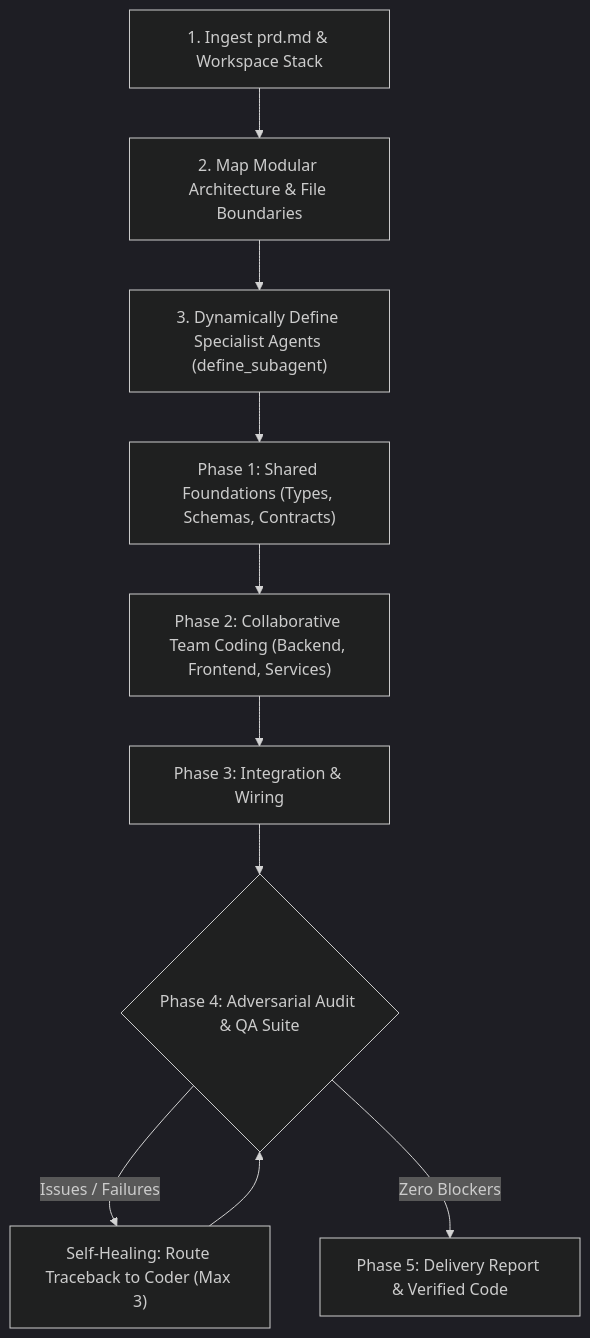
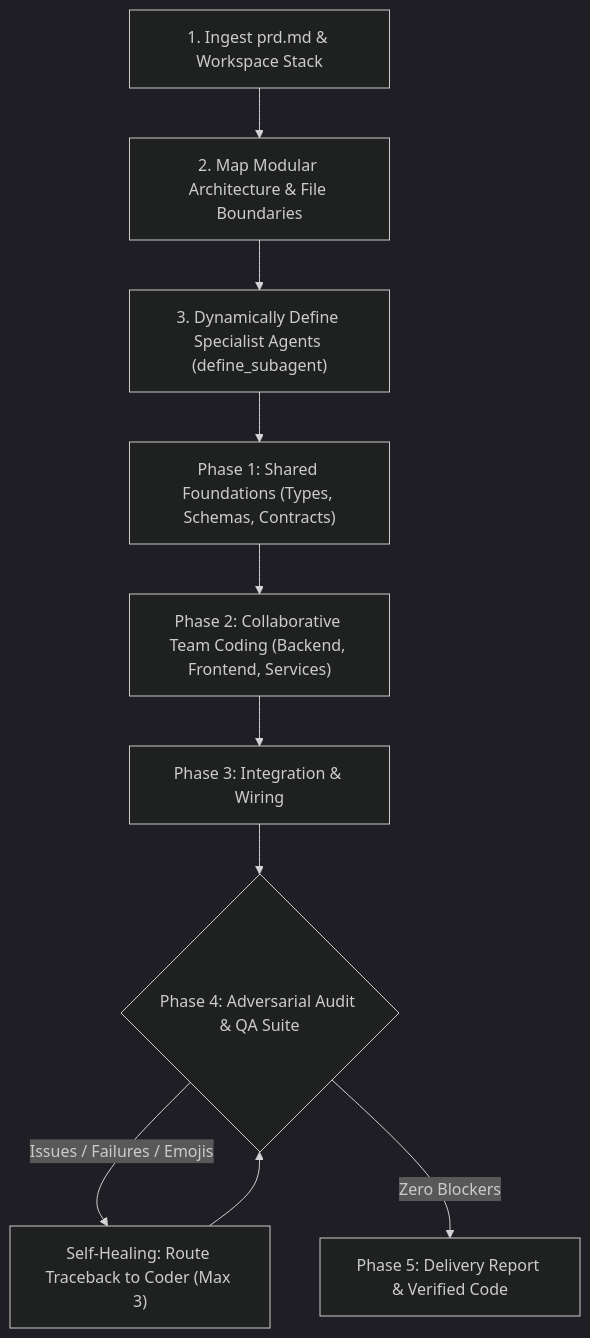
One commit to berlin-566/-agents changed the diagram in README.md. Above: the diagram before and after it, drawn with Mermaid (dark theme). The commit also changed other lines of this file and 4 other files, not shown here.

````diff
--- a/README.md
+++ b/README.md
@@ -30,12 +31,12 @@
 ```mermaid
 flowchart TD
     PRD["1. Ingest prd.md & Workspace Stack"] --> Decompose["2. Map Modular Architecture & File Boundaries"]
     Decompose --> DefineAgents["3. Dynamically Define Specialist Agents (define_subagent)"]
     DefineAgents --> Phase1["Phase 1: Shared Foundations (Types, Schemas, Contracts)"]
     Phase1 --> Phase2["Phase 2: Collaborative Team Coding (Backend, Frontend, Services)"]
     Phase2 --> Phase3["Phase 3: Integration & Wiring"]
     Phase3 --> Phase4{"Phase 4: Adversarial Audit & QA Suite"}
-    Phase4 -- "Issues / Failures" --> Repair["Self-Healing: Route Traceback to Coder (Max 3)"]
+    Phase4 -- "Issues / Failures / Emojis" --> Repair["Self-Healing: Route Traceback to Coder (Max 3)"]
     Repair --> Phase4
     Phase4 -- "Zero Blockers" --> Done["Phase 5: Delivery Report & Verified Code"]
 ```
````
